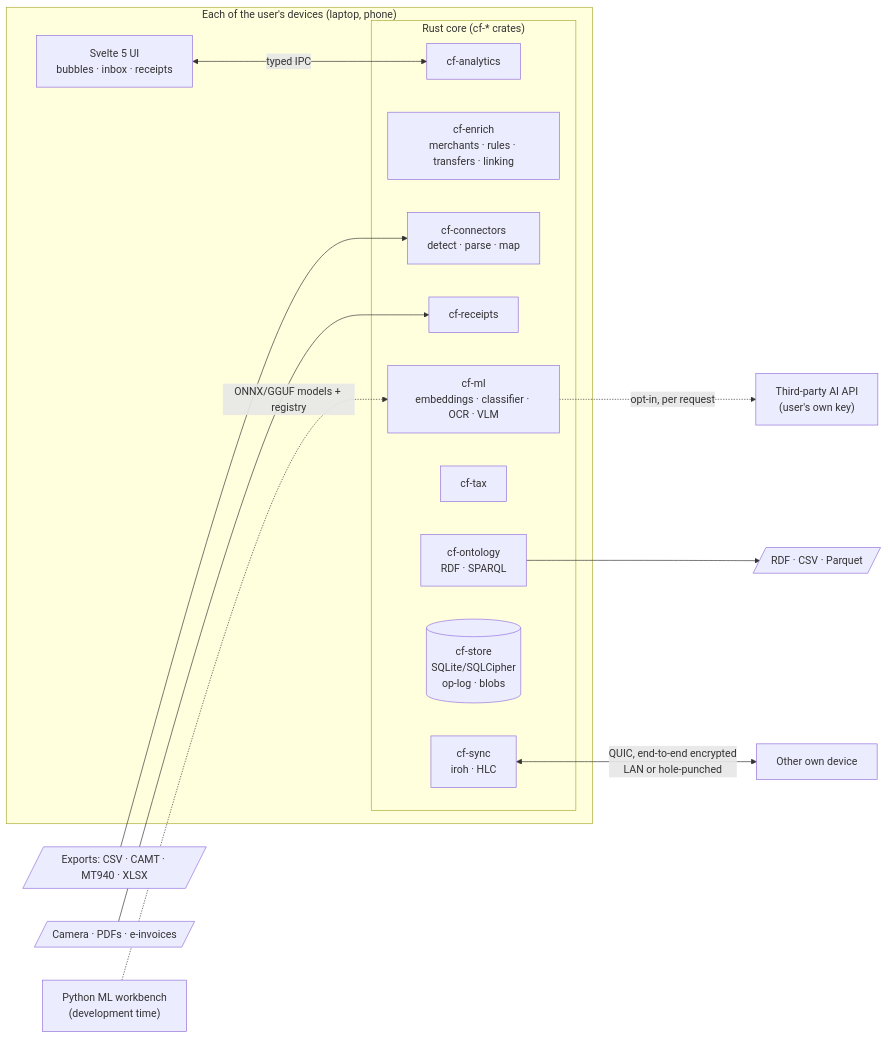
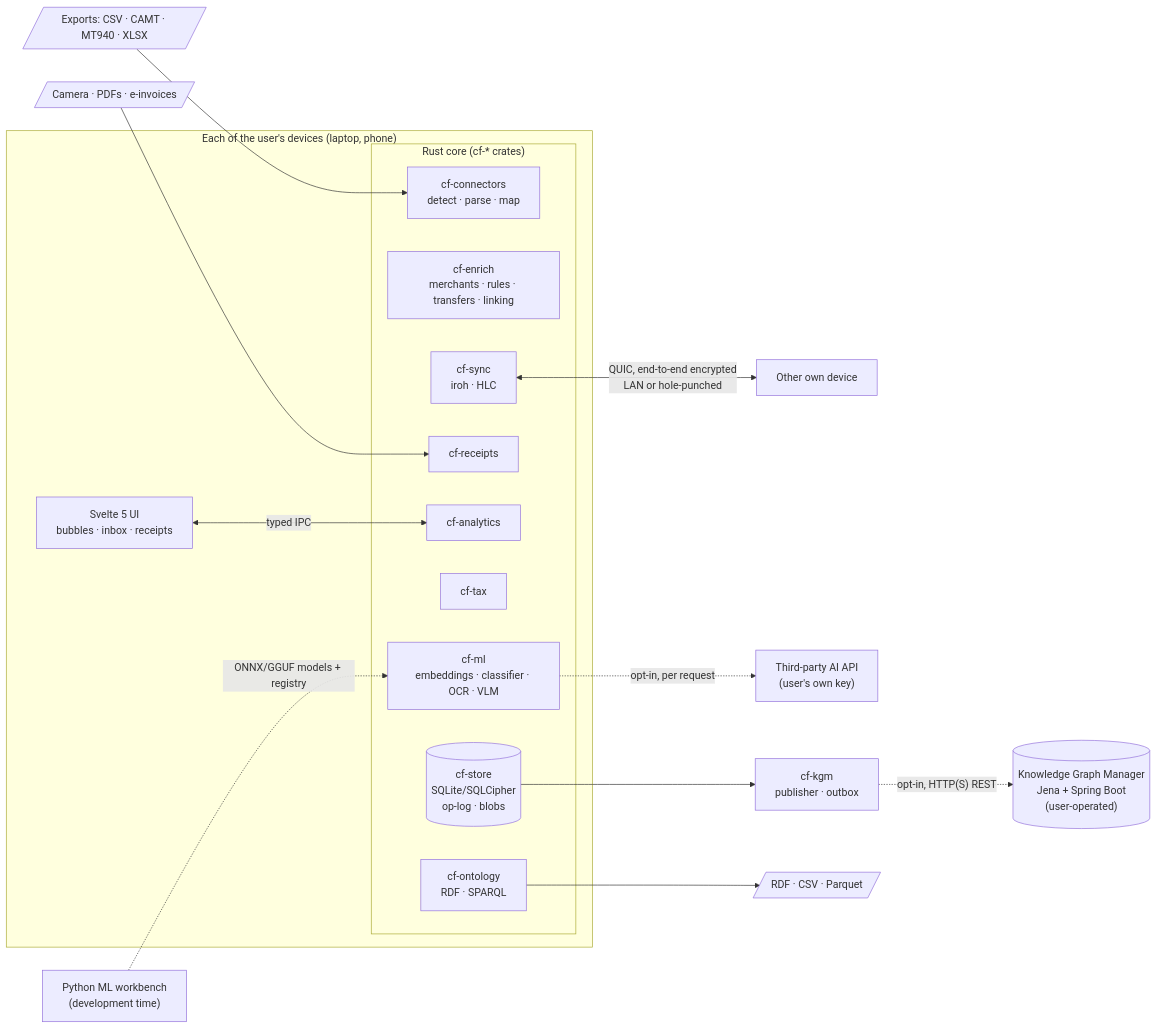
The first of 4 diagrams in docs/SPECIFICATION.md (GerFr/Cashflow), drawn with Mermaid before and after one commit. The commit also changed other lines of this file and 4 other files, not shown here.

First line of the commit message:
docs: specify optional Knowledge Graph Manager backend (post-1.0)

````diff
--- a/docs/SPECIFICATION.md
+++ b/docs/SPECIFICATION.md
@@ -190,24 +194,27 @@
 ```mermaid
 flowchart LR
   subgraph device["Each of the user's devices (laptop, phone)"]
     ui["Svelte 5 UI<br/>bubbles · inbox · receipts"]
     subgraph core["Rust core (cf-* crates)"]
       con["cf-connectors<br/>detect · parse · map"]
       enr["cf-enrich<br/>merchants · rules · transfers · linking"]
       ml["cf-ml<br/>embeddings · classifier · OCR · VLM"]
       rec["cf-receipts"]
       ana["cf-analytics"]
       tax["cf-tax"]
       ont["cf-ontology<br/>RDF · SPARQL"]
       store[("cf-store<br/>SQLite/SQLCipher<br/>op-log · blobs")]
       sync["cf-sync<br/>iroh · HLC"]
     end
     ui <-->|typed IPC| ana
   end
   files[/"Exports: CSV · CAMT · MT940 · XLSX"/] --> con
   camera[/"Camera · PDFs · e-invoices"/] --> rec
   sync <-->|"QUIC, end-to-end encrypted<br/>LAN or hole-punched"| peer["Other own device"]
   ml -.->|"opt-in, per request"| cloud["Third-party AI API<br/>(user's own key)"]
+  kgm["cf-kgm<br/>publisher · outbox"]
+  store --> kgm
+  kgm -.->|"opt-in, HTTP(S) REST"| kgmsrv[("Knowledge Graph Manager<br/>Jena + Spring Boot<br/>(user-operated)")]
   ont --> out[/"RDF · CSV · Parquet"/]
   wb["Python ML workbench<br/>(development time)"] -.->|"ONNX/GGUF models + registry"| ml
 ```
````
